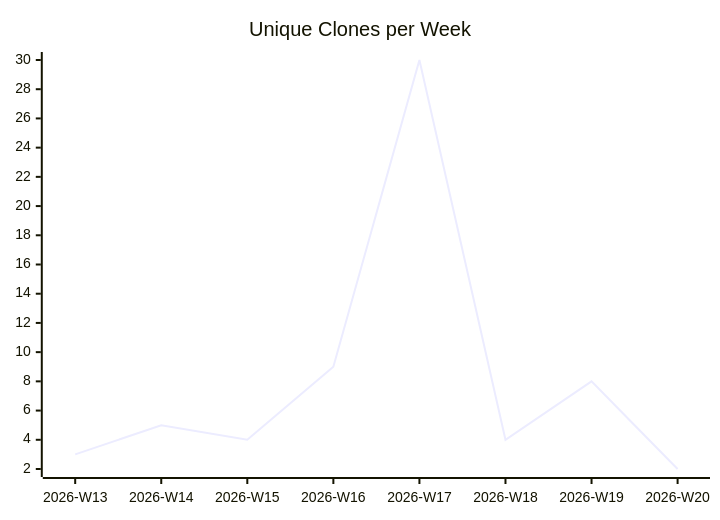
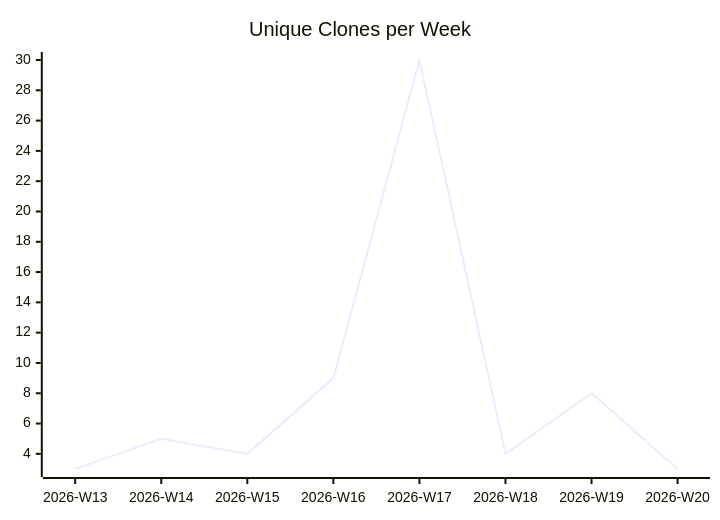
One commit to justdavis-family/github-analytics-data changed the third of 3 diagrams in karlmdavis/dotfiles/README.md. Above: the diagram before and after it, drawn with Mermaid. The commit also changed other lines of this file and 190 other files, not shown here.

````diff
--- a/karlmdavis/dotfiles/README.md
+++ b/karlmdavis/dotfiles/README.md
@@ -19,6 +19,6 @@
 ```mermaid
 xychart-beta
   title "Unique Clones per Week"
   x-axis ["2026-W13", "2026-W14", "2026-W15", "2026-W16", "2026-W17", "2026-W18", "2026-W19", "2026-W20"]
-  line [3, 5, 4, 9, 30, 4, 8, 2]
+  line [3, 5, 4, 9, 30, 4, 8, 3]
 ```
````
